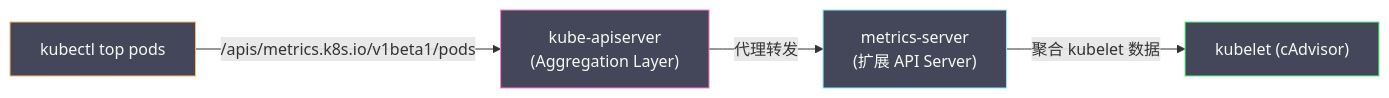
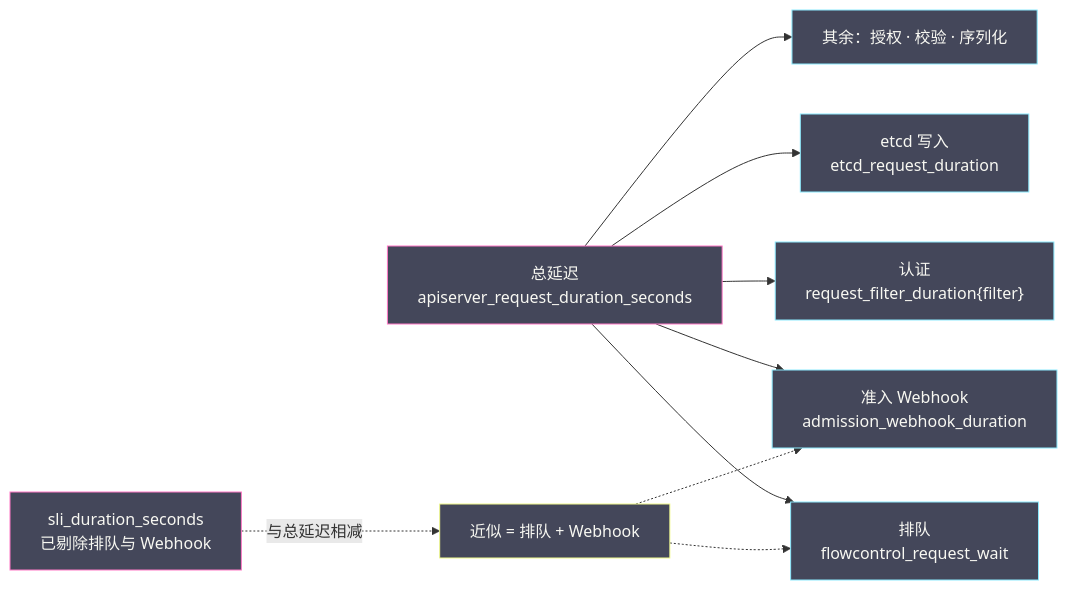
The second of 4 diagrams in content/云原生/Kubernetes/kubernetes之API Server/01 API Server 的角色与整体架构.md (hpliStartAgain/my-brain), drawn with Mermaid before and after one commit. The commit also changed other lines of this file and 455 other files, not shown here.

````diff
--- a/content/云原生/Kubernetes/kubernetes之API Server/01 API Server 的角色与整体架构.md
+++ b/content/云原生/Kubernetes/kubernetes之API Server/01 API Server 的角色与整体架构.md
@@ -273,17 +208,20 @@
 ```mermaid
 %%{init: {'theme': 'dracula'}}%%
 graph LR
-    CLIENT["kubectl top pods"] -->|"/apis/metrics.k8s.io/v1beta1/pods"| API["kube-apiserver</br>(Aggregation Layer)"]
-    API -->|"代理转发"| MS["metrics-server</br>(扩展 API Server)"]
-    MS -->|"聚合 kubelet 数据"| KL["kubelet (cAdvisor)"]
+    TOTAL["总延迟<br/>apiserver_request_duration_seconds"] --> QUEUE["排队<br/>flowcontrol_request_wait"]
+    TOTAL --> AUTHN["认证<br/>request_filter_duration{filter}"]
+    TOTAL --> WEBHOOK["准入 Webhook<br/>admission_webhook_duration"]
+    TOTAL --> ETCD["etcd 写入<br/>etcd_request_duration"]
+    TOTAL --> REST["其余：授权 · 校验 · 序列化"]
 
-    classDef client fill:#44475a,stroke:#ffb86c,color:#f8f8f2
-    classDef api fill:#44475a,stroke:#ff79c6,color:#f8f8f2
-    classDef ext fill:#44475a,stroke:#8be9fd,color:#f8f8f2
-    classDef node fill:#44475a,stroke:#50fa7b,color:#f8f8f2
+    SLI["sli_duration_seconds<br/>已剔除排队与 Webhook"] -.->|"与总延迟相减"| DELTA["近似 = 排队 + Webhook"]
+    DELTA -.-> QUEUE
+    DELTA -.-> WEBHOOK
 
-    class CLIENT client
-    class API api
-    class MS ext
-    class KL node
+    classDef total fill:#44475a,stroke:#ff79c6,color:#f8f8f2
+    classDef part fill:#44475a,stroke:#8be9fd,color:#f8f8f2
+    classDef hint fill:#44475a,stroke:#f1fa8c,color:#f8f8f2
+    class TOTAL,SLI total
+    class QUEUE,AUTHN,WEBHOOK,ETCD,REST part
+    class DELTA hint
 ```
````
